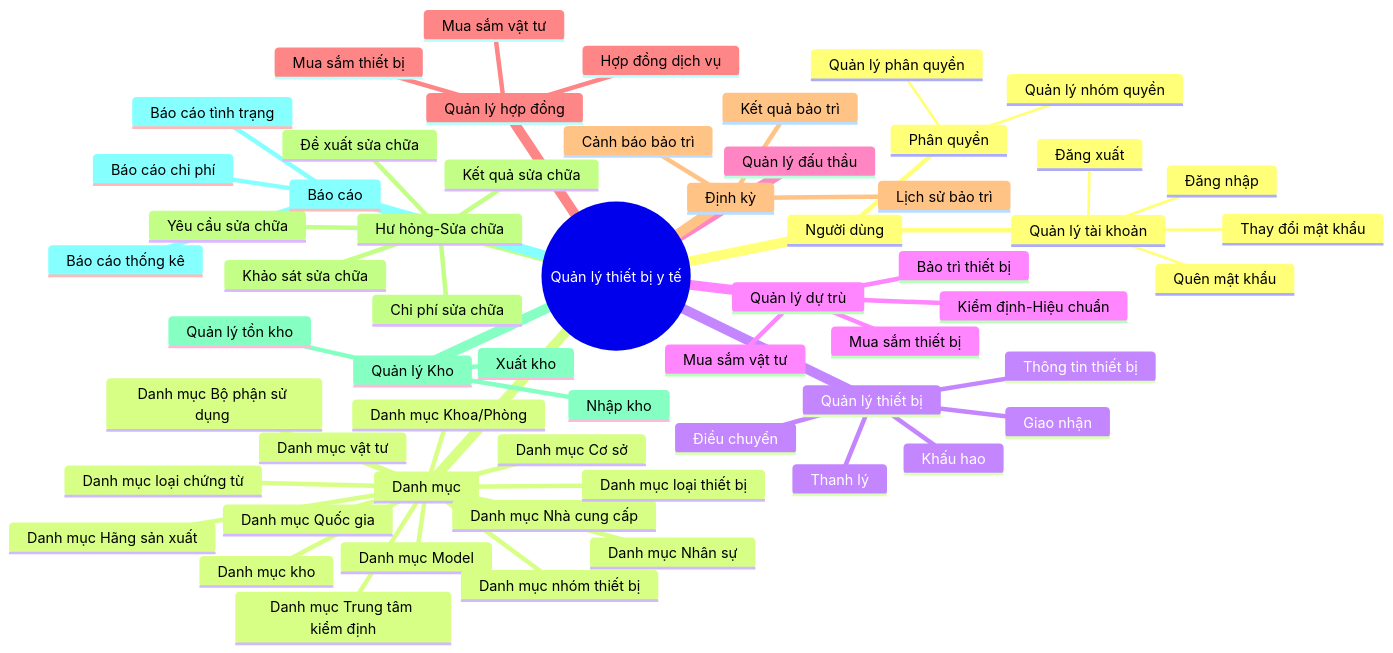
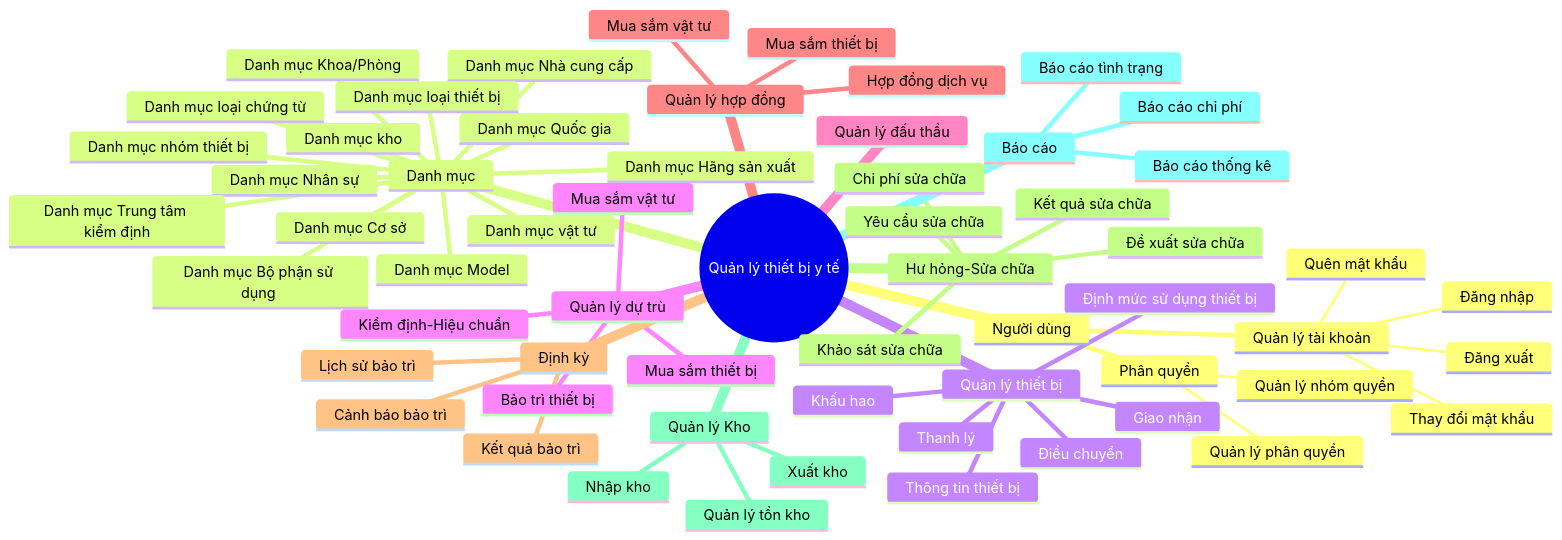
One commit to nthanhdo/mems-brainstorm changed the diagram in mindmap.md. Above: the diagram before and after it, drawn with Mermaid.

````diff
--- a/mindmap.md
+++ b/mindmap.md
@@ -1,74 +1,75 @@
 ```mermaid
 mindmap
   root((Quản lý thiết bị y tế))
     Người dùng
       Quản lý tài khoản
          Đăng nhập
          Đăng xuất
          Thay đổi mật khẩu
          Quên mật khẩu
          
       Phân quyền
          Quản lý nhóm quyền
          Quản lý phân quyền
 
     Danh mục
       Danh mục Cơ sở
       Danh mục Khoa/Phòng
       Danh mục Bộ phận sử dụng 
       Danh mục Nhân sự
       Danh mục Quốc gia
       Danh mục Hãng sản xuất
       Danh mục Model
       Danh mục kho
       Danh mục Nhà cung cấp
       Danh mục Trung tâm kiểm định
       Danh mục nhóm thiết bị
       Danh mục loại thiết bị
       Danh mục vật tư
       Danh mục loại chứng từ
 
     Quản lý thiết bị
       Thông tin thiết bị
+      Định mức sử dụng thiết bị
       Giao nhận
       Điều chuyển
       Khấu hao
       Thanh lý
 
     Quản lý dự trù
       Mua sắm thiết bị
       Mua sắm vật tư
       Bảo trì thiết bị
       Kiểm định-Hiệu chuẩn
 
     Quản lý đấu thầu
 
     Quản lý hợp đồng
       Mua sắm thiết bị
       Mua sắm vật tư
       Hợp đồng dịch vụ
       
     Định kỳ
       Kết quả bảo trì
       Lịch sử bảo trì
       Cảnh báo bảo trì
 
     Hư hỏng-Sửa chữa
       Yêu cầu sửa chữa
       Khảo sát sửa chữa
       Đề xuất sửa chữa
       Kết quả sửa chữa
       Chi phí sửa chữa
 
     Quản lý Kho
       Quản lý tồn kho
       Nhập kho
       Xuất kho
 
     Báo cáo
       Báo cáo thống kê
       Báo cáo tình trạng
       Báo cáo chi phí
    
 
 ```
````
